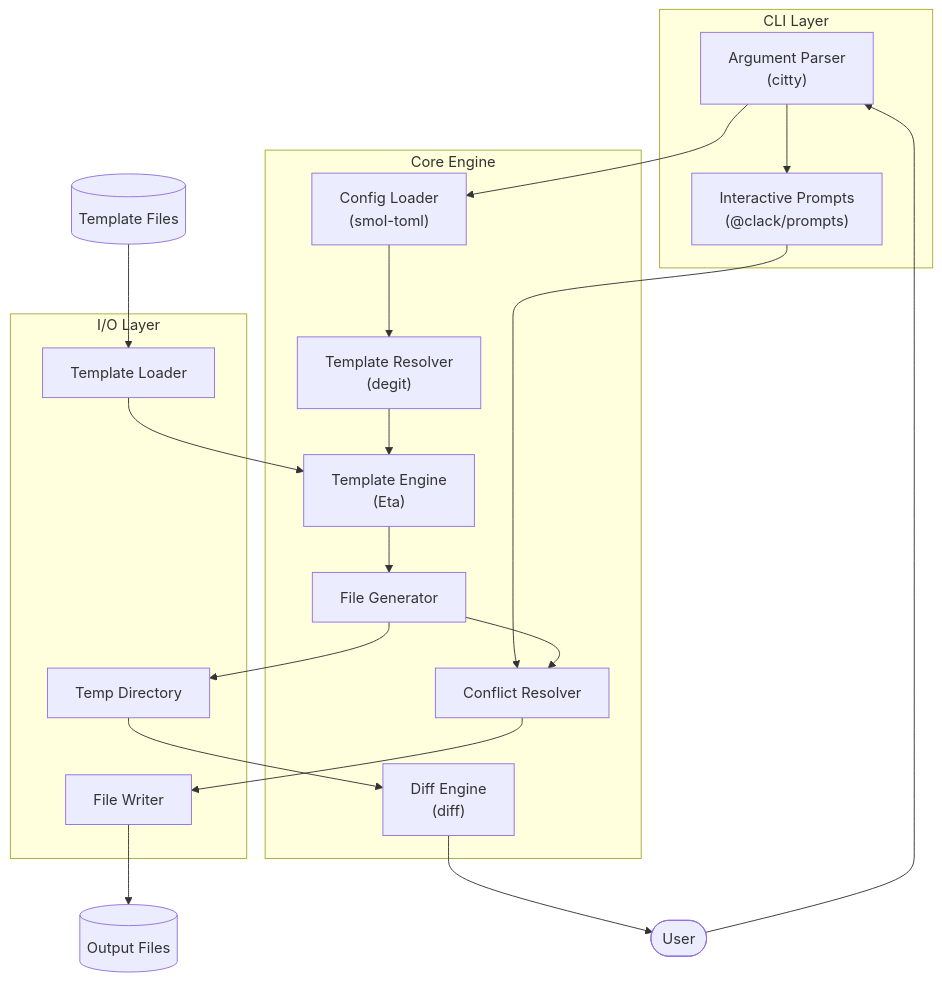
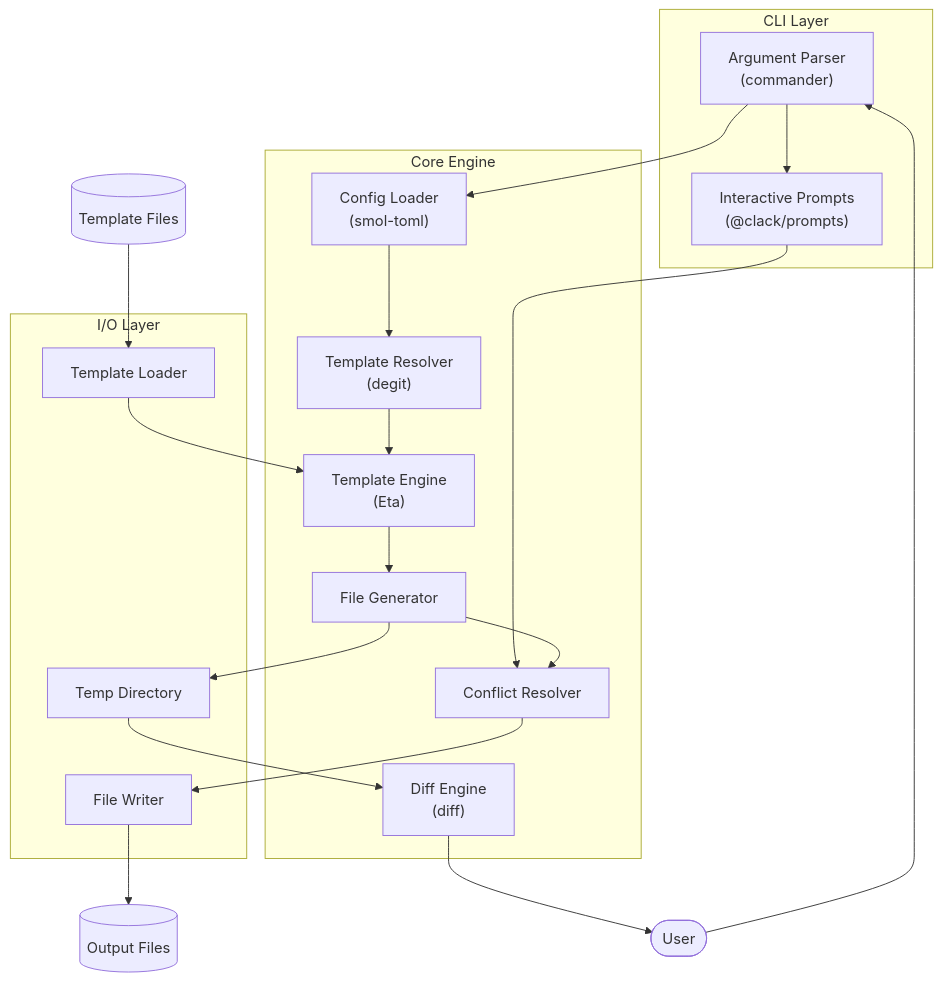
One commit to ncoderz/awa changed the first of 3 diagrams in .zen/specs/ARCHITECTURE.md. Above: the diagram before and after it, drawn with Mermaid. The commit also changed other lines of this file and 23 other files, not shown here.

````diff
--- a/.zen/specs/ARCHITECTURE.md
+++ b/.zen/specs/ARCHITECTURE.md
@@ -65,40 +65,40 @@
 ```mermaid
 flowchart TB
     subgraph CLI["CLI Layer"]
-        Parser["Argument Parser<br/>(citty)"]
+        Parser["Argument Parser<br/>(commander)"]
         Prompts["Interactive Prompts<br/>(@clack/prompts)"]
     end
 
     subgraph Core["Core Engine"]
         ConfigLoader["Config Loader<br/>(smol-toml)"]
         TemplateResolver["Template Resolver<br/>(degit)"]
         TemplateEngine["Template Engine<br/>(Eta)"]
         FileGenerator["File Generator"]
         ConflictResolver["Conflict Resolver"]
         DiffEngine["Diff Engine<br/>(diff)"]
     end
 
     subgraph IO["I/O Layer"]
         TemplateLoader["Template Loader"]
         FileWriter["File Writer"]
         TempDir["Temp Directory"]
     end
 
     User([User]) --> Parser
     Parser --> ConfigLoader
     ConfigLoader --> TemplateResolver
     TemplateResolver --> TemplateEngine
     Parser --> Prompts
     Prompts --> ConflictResolver
     TemplateEngine --> FileGenerator
     FileGenerator --> ConflictResolver
     ConflictResolver --> FileWriter
     TemplateLoader --> TemplateEngine
 
     FileGenerator --> TempDir
     TempDir --> DiffEngine
     DiffEngine --> User
 
     Templates[(Template Files)] --> TemplateLoader
     FileWriter --> Output[(Output Files)]
 ```
````
